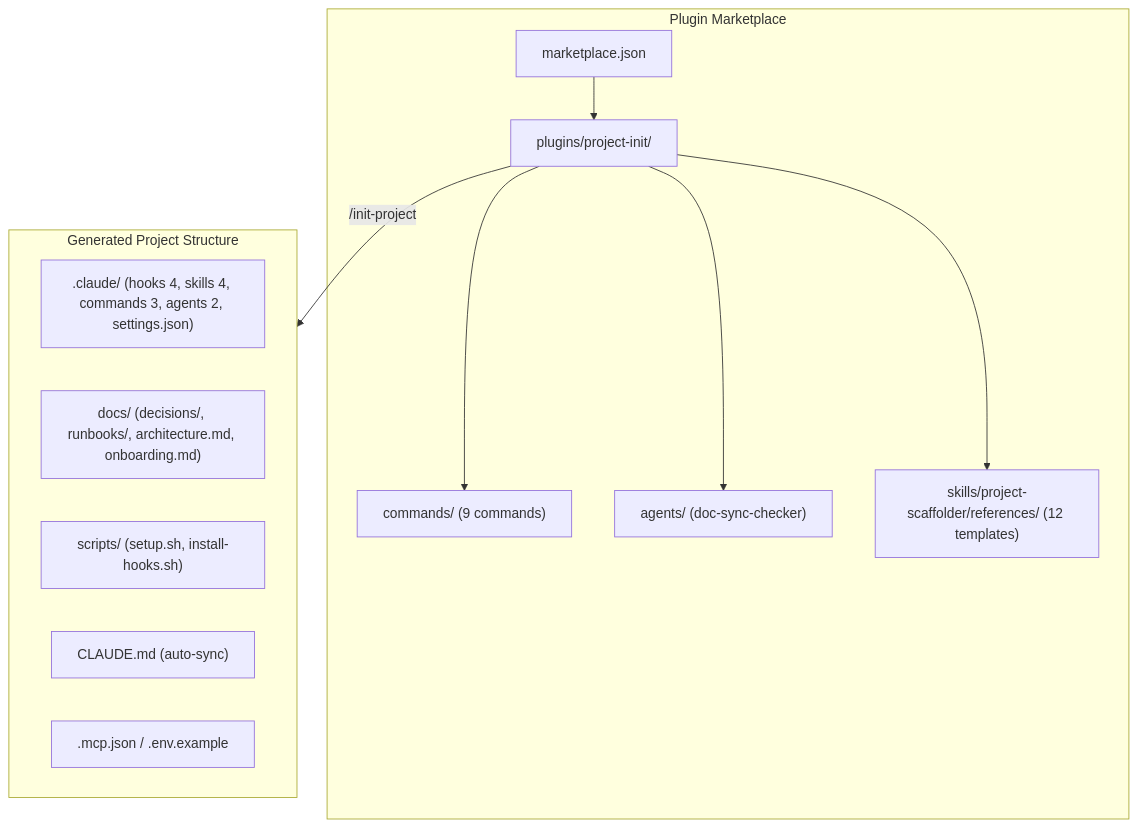
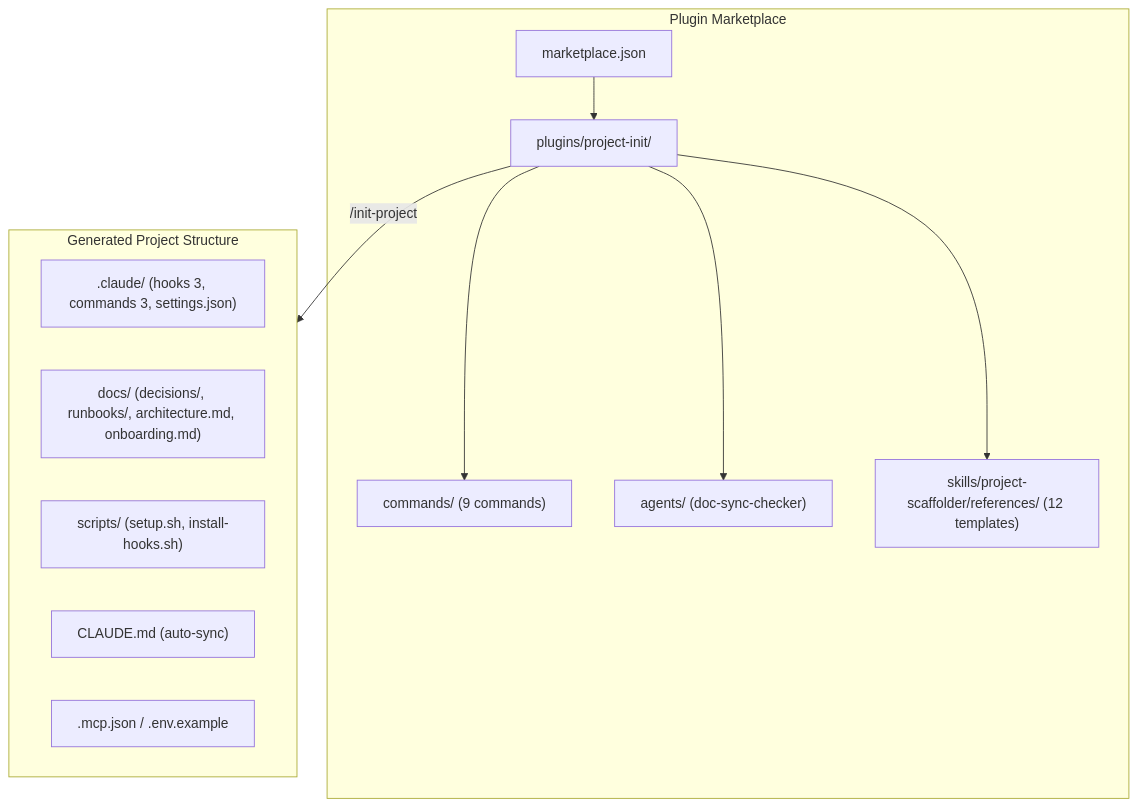
Before and after one commit to whchoi98/project-init: the first of 4 diagrams in docs/architecture.md, drawn with Mermaid. The commit also changed other lines of this file and 29 other files, not shown here.

````diff
--- a/docs/architecture.md
+++ b/docs/architecture.md
@@ -43,17 +41,17 @@
 ```mermaid
 flowchart TB
   subgraph marketplace[Plugin Marketplace]
     MJ[marketplace.json] --> PLUGIN[plugins/project-init/]
     PLUGIN --> CMDS["commands/ (9 commands)"]
     PLUGIN --> AGENTS["agents/ (doc-sync-checker)"]
     PLUGIN --> SKILLS["skills/project-scaffolder/references/ (12 templates)"]
   end
   subgraph generated[Generated Project Structure]
-    CLAUDEDIR[".claude/ (hooks 4, skills 4, commands 3, agents 2, settings.json)"]
+    CLAUDEDIR[".claude/ (hooks 3, commands 3, settings.json)"]
     DOCS["docs/ (decisions/, runbooks/, architecture.md, onboarding.md)"]
     SCRIPTS["scripts/ (setup.sh, install-hooks.sh)"]
     ROOTMD["CLAUDE.md (auto-sync)"]
     CONFIG[".mcp.json / .env.example"]
   end
   PLUGIN -- /init-project --> generated
 ```
````
